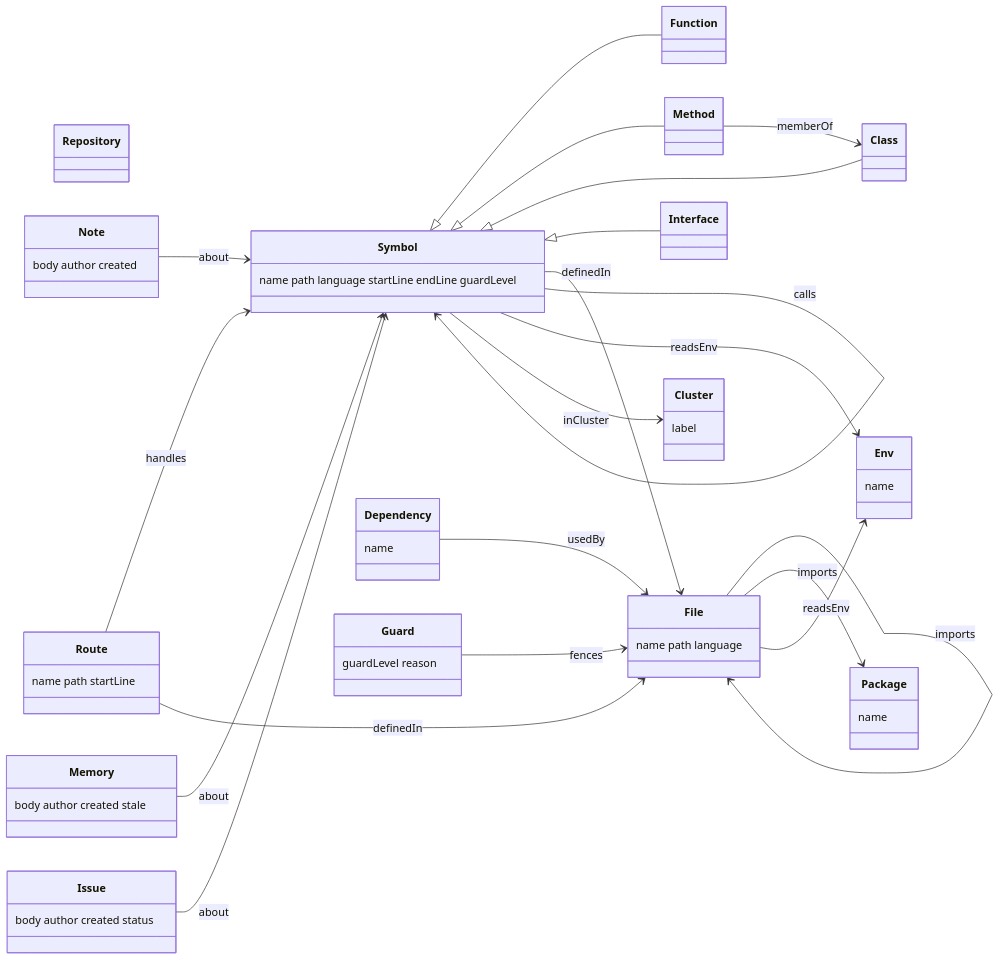
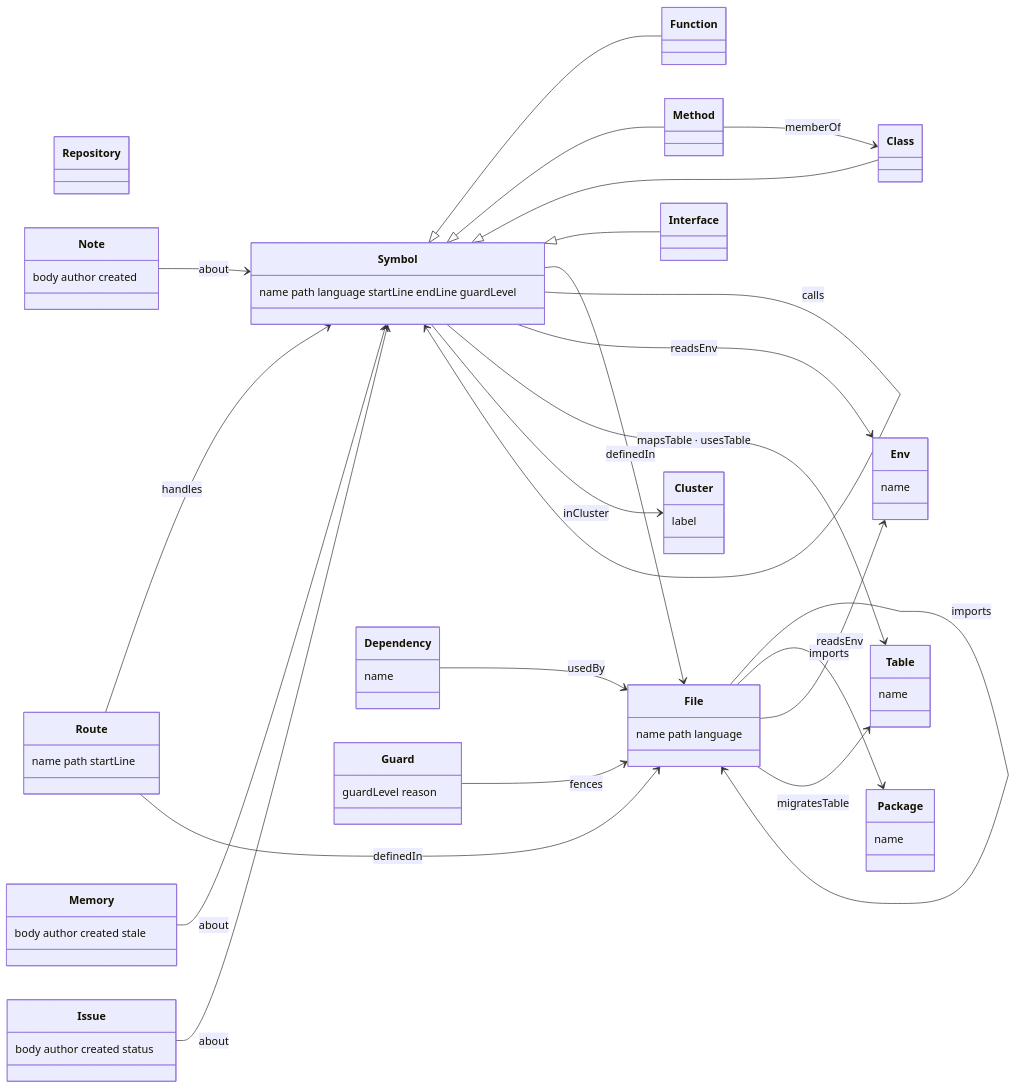
The diagram in docs/KNOWLEDGE-GRAPH.md (A12N4V/kula), drawn with Mermaid before and after one commit. The commit also changed other lines of this file and 11 other files, not shown here.

````diff
--- a/docs/KNOWLEDGE-GRAPH.md
+++ b/docs/KNOWLEDGE-GRAPH.md
@@ -38,39 +38,42 @@
 ```mermaid
 classDiagram
     direction LR
     class Repository
     class File { name path language }
     class Symbol { name path language startLine endLine guardLevel }
     class Function
     class Method
     class Class
     class Interface
     class Package { name }
     class Dependency { name }
     class Env { name }
     class Route { name path startLine }
+    class Table { name }
     class Cluster { label }
     class Note { body author created }
     class Memory { body author created stale }
     class Issue { body author created status }
     class Guard { guardLevel reason }
     Symbol <|-- Function
     Symbol <|-- Method
     Symbol <|-- Class
     Symbol <|-- Interface
     Symbol --> File : definedIn
     Method --> Class : memberOf
     Symbol --> Symbol : calls
     File --> File : imports
     File --> Package : imports
     Dependency --> File : usedBy
     Symbol --> Env : readsEnv
     File --> Env : readsEnv
     Route --> Symbol : handles
     Route --> File : definedIn
+    Symbol --> Table : mapsTable · usesTable
+    File --> Table : migratesTable
     Symbol --> Cluster : inCluster
     Note --> Symbol : about
     Memory --> Symbol : about
     Issue --> Symbol : about
     Guard --> File : fences
 ```
````
